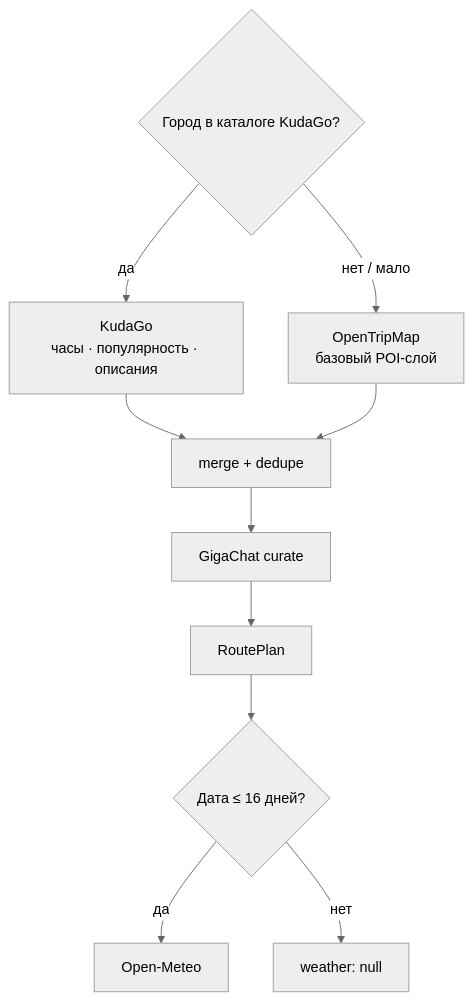
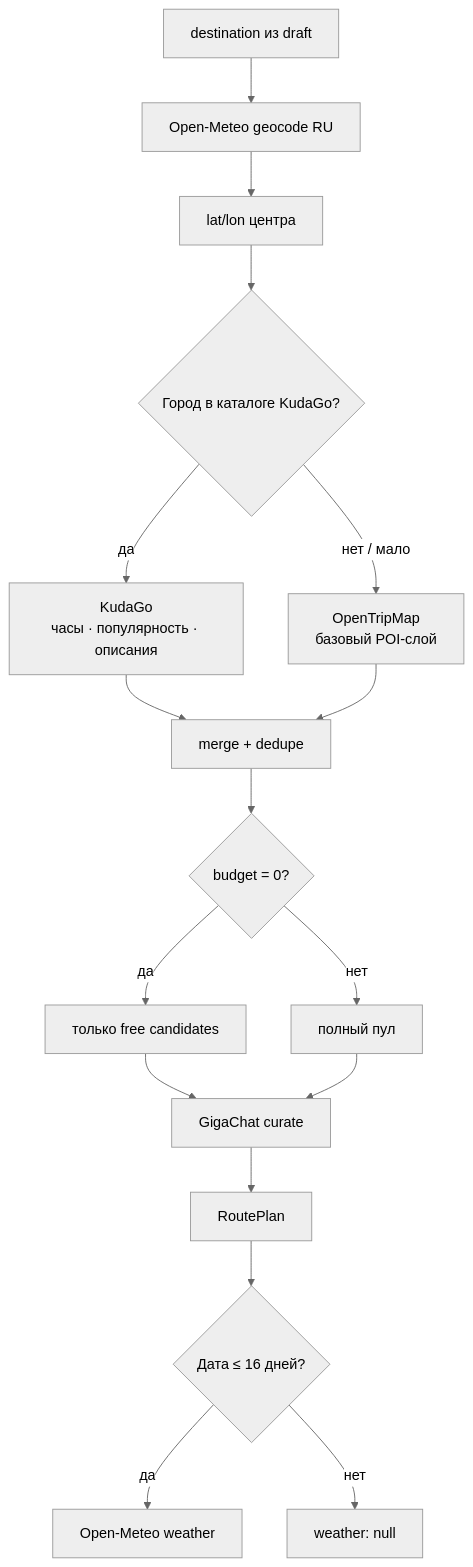
Before and after one commit to Halpama/max_hackaton: the seventh of 7 diagrams in ARCHITECTURE.md, drawn with Mermaid (neutral theme). The commit also changed other lines of this file and 2 other files, not shown here.

First line of the commit message:
Refresh architecture docs for SearXNG, geo, and trip UX.

````diff
--- a/ARCHITECTURE.md
+++ b/ARCHITECTURE.md
@@ -279,14 +322,20 @@
 ```mermaid
 flowchart TB
-  CITY{Город в каталоге KudaGo?}
+  DEST[destination из draft] --> GEO[Open-Meteo geocode RU]
+  GEO --> CENTER[lat/lon центра]
+  CENTER --> CITY{Город в каталоге KudaGo?}
   CITY -->|да| KD[KudaGo<br/>часы · популярность · описания]
   CITY -->|нет / мало| OTM[OpenTripMap<br/>базовый POI-слой]
   KD --> MERGE[merge + dedupe]
   OTM --> MERGE
-  MERGE --> LLM[GigaChat curate]
+  MERGE --> FREE{budget = 0?}
+  FREE -->|да| FREEONLY[только free candidates]
+  FREE -->|нет| ALL[полный пул]
+  FREEONLY --> LLM[GigaChat curate]
+  ALL --> LLM
   LLM --> PLAN[RoutePlan]
 
   PLAN --> WX{Дата ≤ 16 дней?}
-  WX -->|да| OM[Open-Meteo]
+  WX -->|да| OM[Open-Meteo weather]
   WX -->|нет| NA[weather: null]
 ```
````
